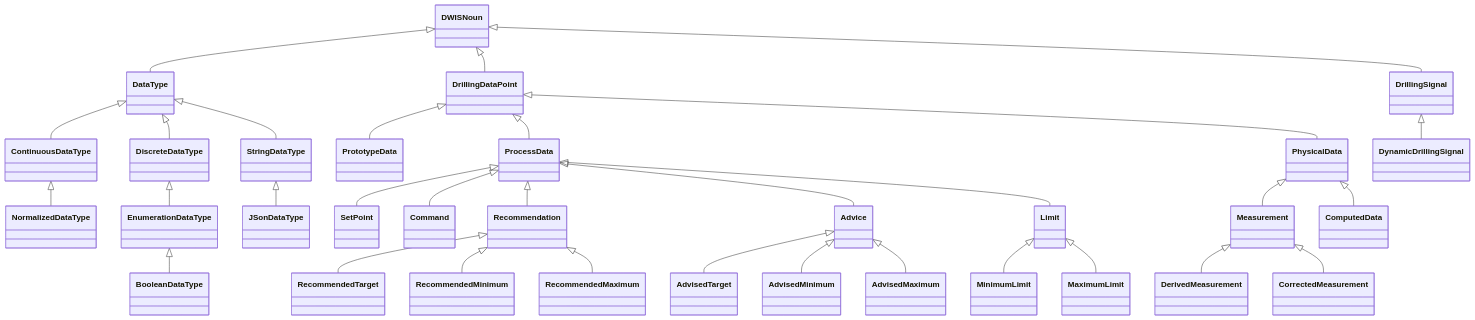
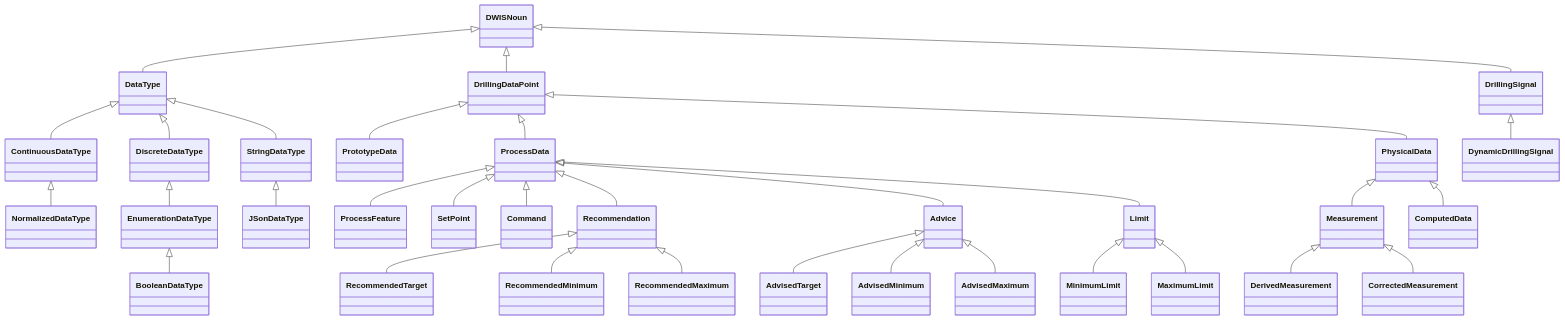
One commit to D-WIS/DDHub-Semantic-Interoperability changed the first of 4 diagrams in docs/vocabulary_development/auto-generated/md/definition-files/DrillingDataSemantics.md. Above: the diagram before and after it, drawn with Mermaid. The commit also changed other lines of this file and 11 other files, not shown here.

````diff
--- a/docs/vocabulary_development/auto-generated/md/definition-files/DrillingDataSemantics.md
+++ b/docs/vocabulary_development/auto-generated/md/definition-files/DrillingDataSemantics.md
@@ -8,34 +8,35 @@
 ```mermaid
 classDiagram
 DWISNoun <|-- DataType
 DataType <|-- ContinuousDataType
 ContinuousDataType <|-- NormalizedDataType
 DataType <|-- DiscreteDataType
 DiscreteDataType <|-- EnumerationDataType
 EnumerationDataType <|-- BooleanDataType
 DataType <|-- StringDataType
 StringDataType <|-- JSonDataType
 DWISNoun <|-- DrillingDataPoint
 DrillingDataPoint <|-- PrototypeData
 DrillingDataPoint <|-- ProcessData
+ProcessData <|-- ProcessFeature
 ProcessData <|-- SetPoint
 ProcessData <|-- Command
 ProcessData <|-- Recommendation
 Recommendation <|-- RecommendedTarget
 Recommendation <|-- RecommendedMinimum
 Recommendation <|-- RecommendedMaximum
 ProcessData <|-- Advice
 Advice <|-- AdvisedTarget
 Advice <|-- AdvisedMinimum
 Advice <|-- AdvisedMaximum
 ProcessData <|-- Limit
 Limit <|-- MinimumLimit
 Limit <|-- MaximumLimit
 DrillingDataPoint <|-- PhysicalData
 PhysicalData <|-- Measurement
 Measurement <|-- DerivedMeasurement
 Measurement <|-- CorrectedMeasurement
 PhysicalData <|-- ComputedData
 DWISNoun <|-- DrillingSignal
 DrillingSignal <|-- DynamicDrillingSignal
 ```
````
